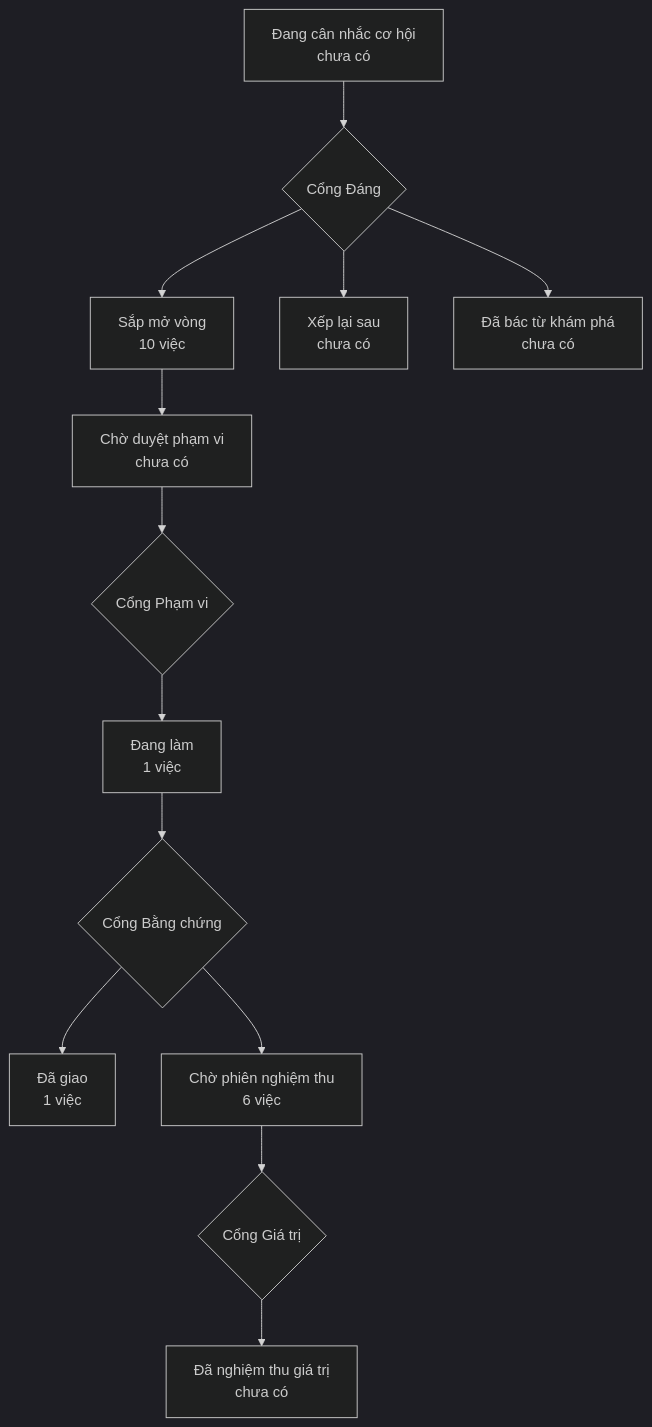
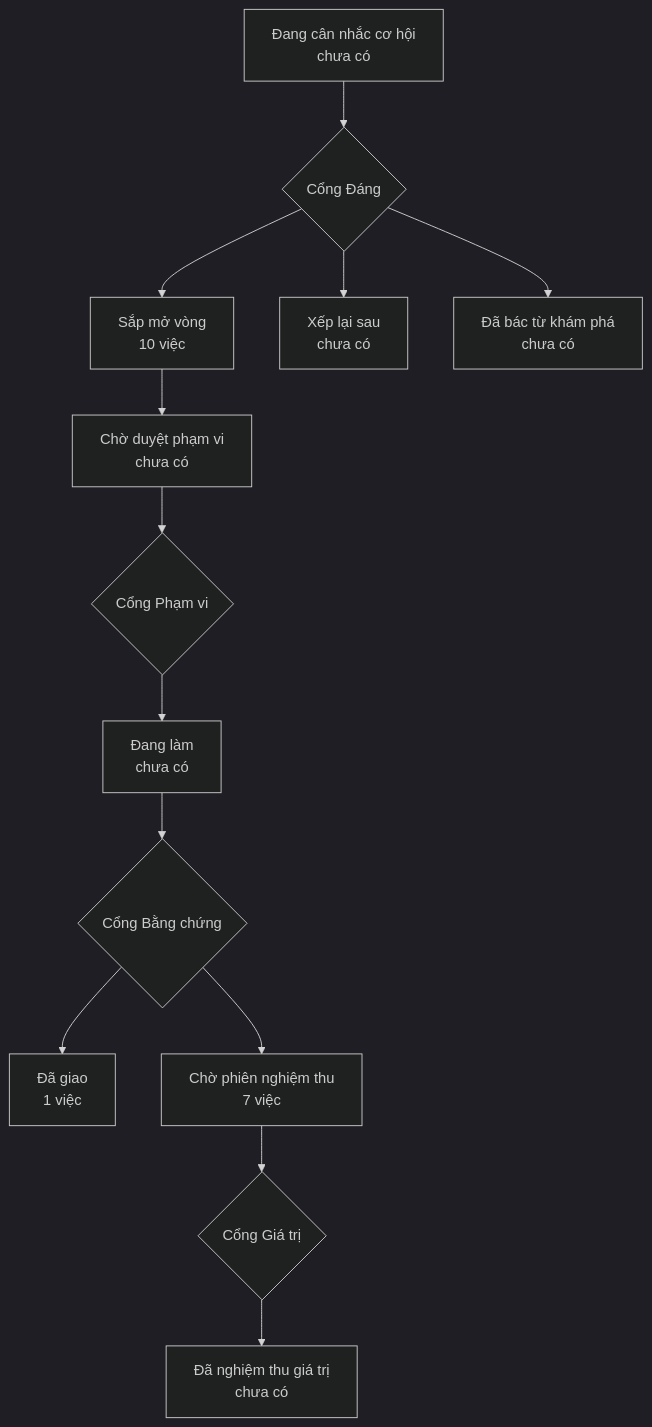
One commit to phanlemanh/onehub-inventory changed the diagram in PRODUCT-MAP.md. Above: the diagram before and after it, drawn with Mermaid (dark theme). The commit also changed other lines of this file and 1 other file, not shown here.

Commit message:
chore: regenerate PRODUCT-MAP.md and LO-TRINH.html by machine

````diff
--- a/PRODUCT-MAP.md
+++ b/PRODUCT-MAP.md
@@ -7,12 +7,12 @@
 ```mermaid
 flowchart TD
   A["Đang cân nhắc cơ hội<br/>chưa có"] --> GD{"Cổng Đáng"}
   GD --> B["Sắp mở vòng<br/>10 việc"]
   GD --> XL["Xếp lại sau<br/>chưa có"]
   GD --> DB["Đã bác từ khám phá<br/>chưa có"]
   B --> CD["Chờ duyệt phạm vi<br/>chưa có"] --> GP{"Cổng Phạm vi"}
-  GP --> DL["Đang làm<br/>1 việc"] --> GB{"Cổng Bằng chứng"}
+  GP --> DL["Đang làm<br/>chưa có"] --> GB{"Cổng Bằng chứng"}
   GB --> DG["Đã giao<br/>1 việc"]
-  GB --> CN["Chờ phiên nghiệm thu<br/>6 việc"] --> GG{"Cổng Giá trị"}
+  GB --> CN["Chờ phiên nghiệm thu<br/>7 việc"] --> GG{"Cổng Giá trị"}
   GG --> NT["Đã nghiệm thu giá trị<br/>chưa có"]
 ```
````
